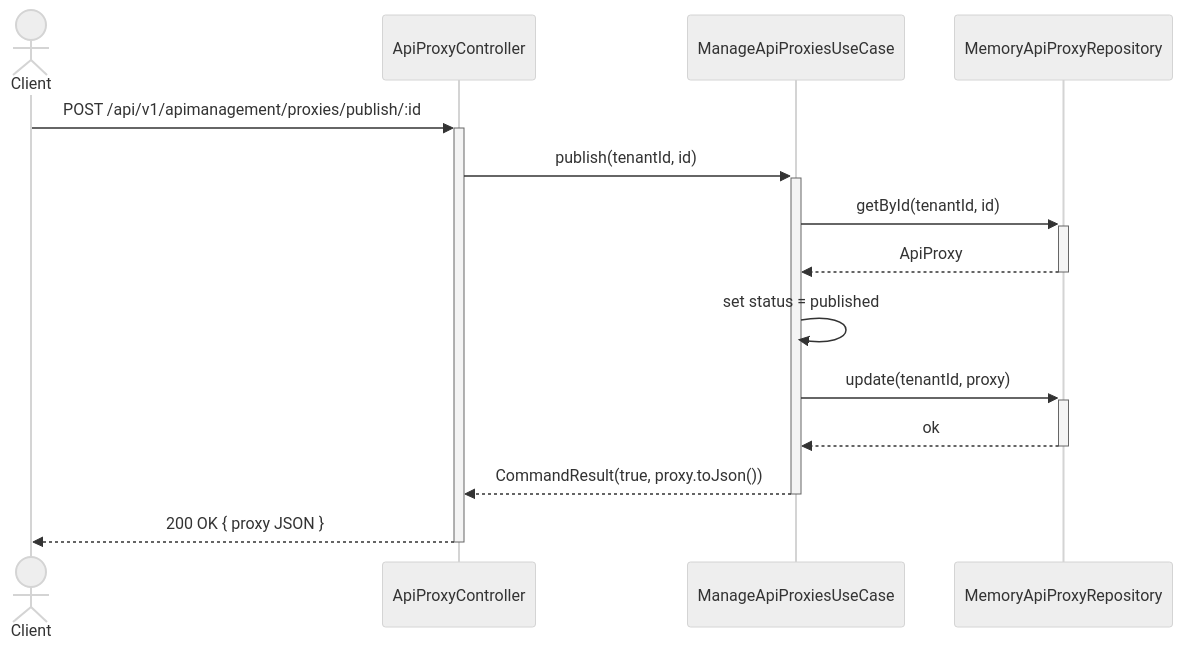
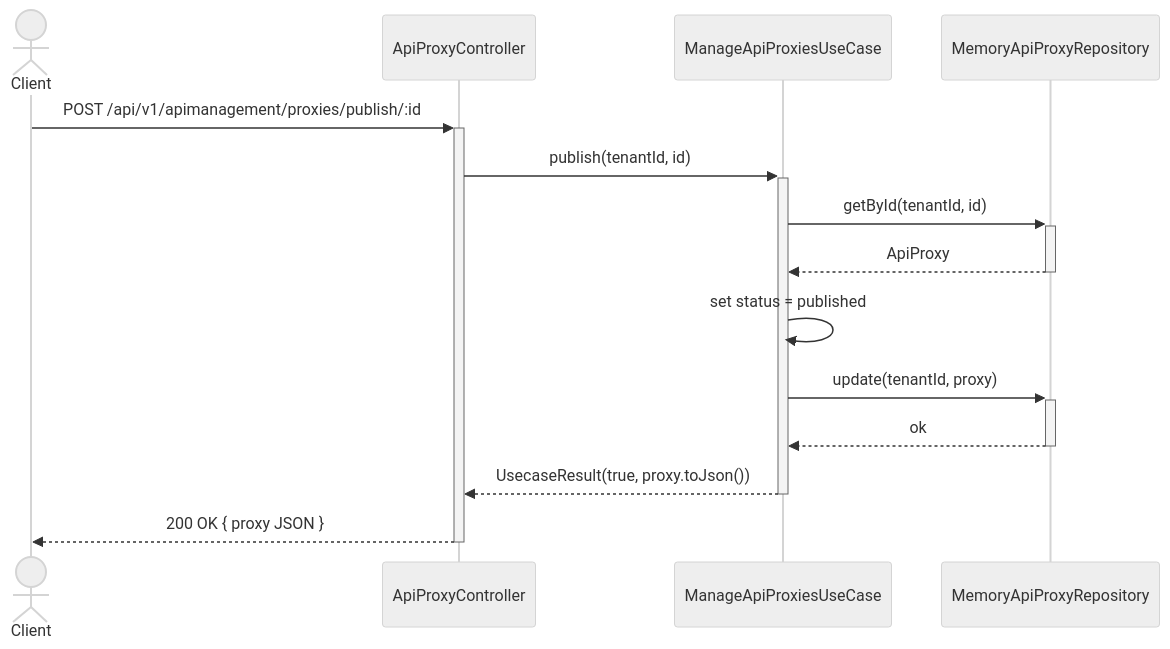
The fifth of 6 diagrams in integration-suite/UML.md (UIMSolutions/uim-platform), drawn with Mermaid (neutral theme) before and after one commit. The commit also changed other lines of this file and 907 other files, not shown here.

Commit message:
Rename CommandResult

````diff
--- a/integration-suite/UML.md
+++ b/integration-suite/UML.md
@@ -233,17 +233,17 @@
 ```mermaid
 sequenceDiagram
     actor Client
     participant Ctrl as ApiProxyController
     participant UC as ManageApiProxiesUseCase
     participant Repo as MemoryApiProxyRepository
 
     Client->>+Ctrl: POST /api/v1/apimanagement/proxies/publish/:id
     Ctrl->>+UC: publish(tenantId, id)
     UC->>+Repo: getById(tenantId, id)
     Repo-->>-UC: ApiProxy
     UC->>UC: set status = published
     UC->>+Repo: update(tenantId, proxy)
     Repo-->>-UC: ok
-    UC-->>-Ctrl: CommandResult(true, proxy.toJson())
+    UC-->>-Ctrl: UsecaseResult(true, proxy.toJson())
     Ctrl-->>-Client: 200 OK { proxy JSON }
 ```
````
